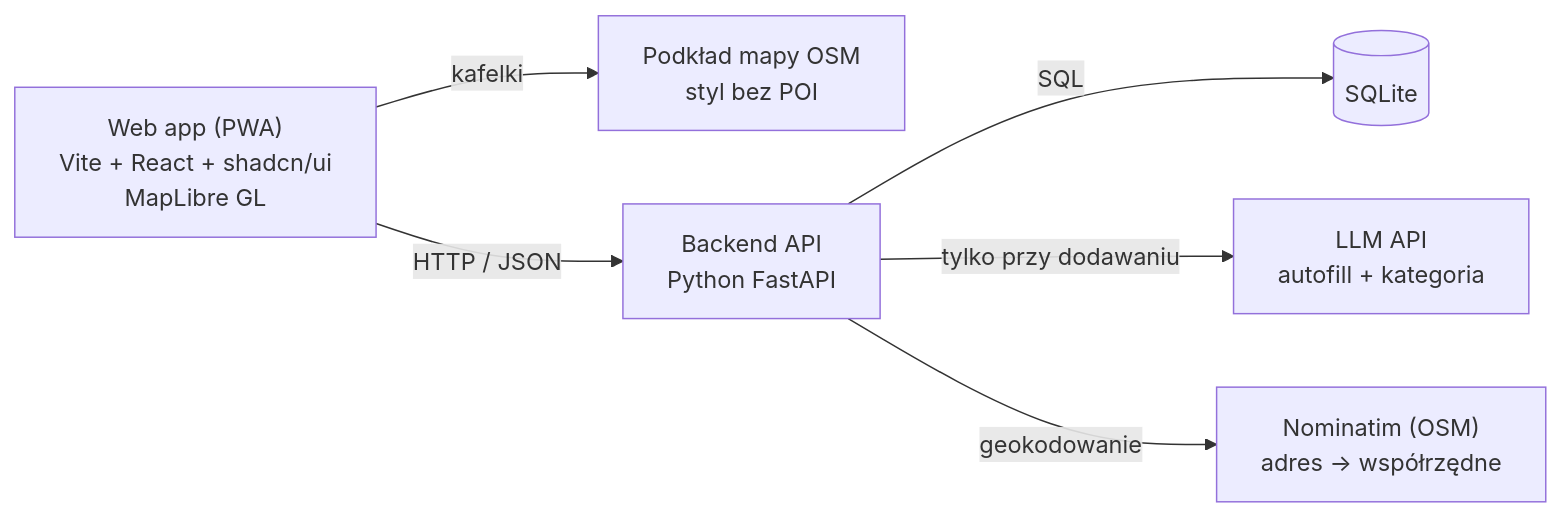
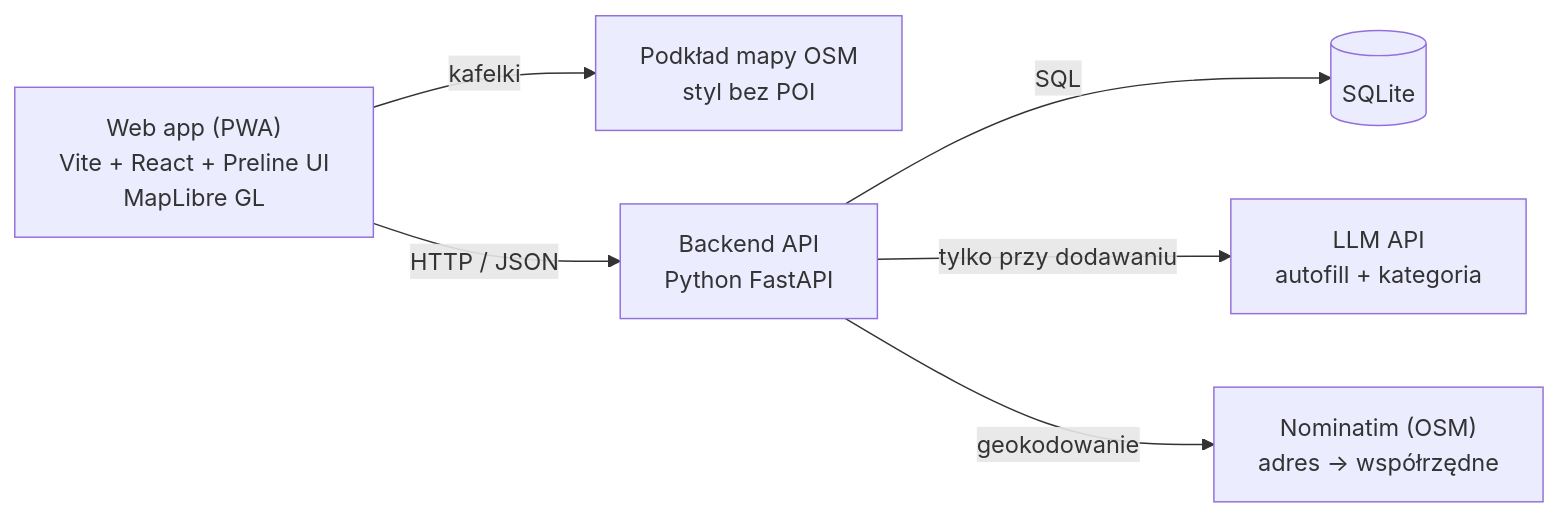
Before and after one commit to hackyeahKrakow/project: the diagram in docs/ARCHITECTURE.md, drawn with Mermaid. The commit also changed other lines of this file and 5 other files, not shown here.

````diff
--- a/docs/ARCHITECTURE.md
+++ b/docs/ARCHITECTURE.md
@@ -5,14 +5,14 @@
 ```mermaid
 flowchart LR
-  FE["Web app (PWA)<br/>Vite + React + shadcn/ui<br/>MapLibre GL"]
+  FE["Web app (PWA)<br/>Vite + React + Preline UI<br/>MapLibre GL"]
   TILES["Podkład mapy OSM<br/>styl bez POI"]
   API["Backend API<br/>Python FastAPI"]
   DB[("SQLite")]
   LLM["LLM API<br/>autofill + kategoria"]
   GEO["Nominatim (OSM)<br/>adres → współrzędne"]
   FE -- kafelki --> TILES
   FE -- "HTTP / JSON" --> API
   API -- SQL --> DB
   API -- "tylko przy dodawaniu" --> LLM
   API -- geokodowanie --> GEO
 ```
````
